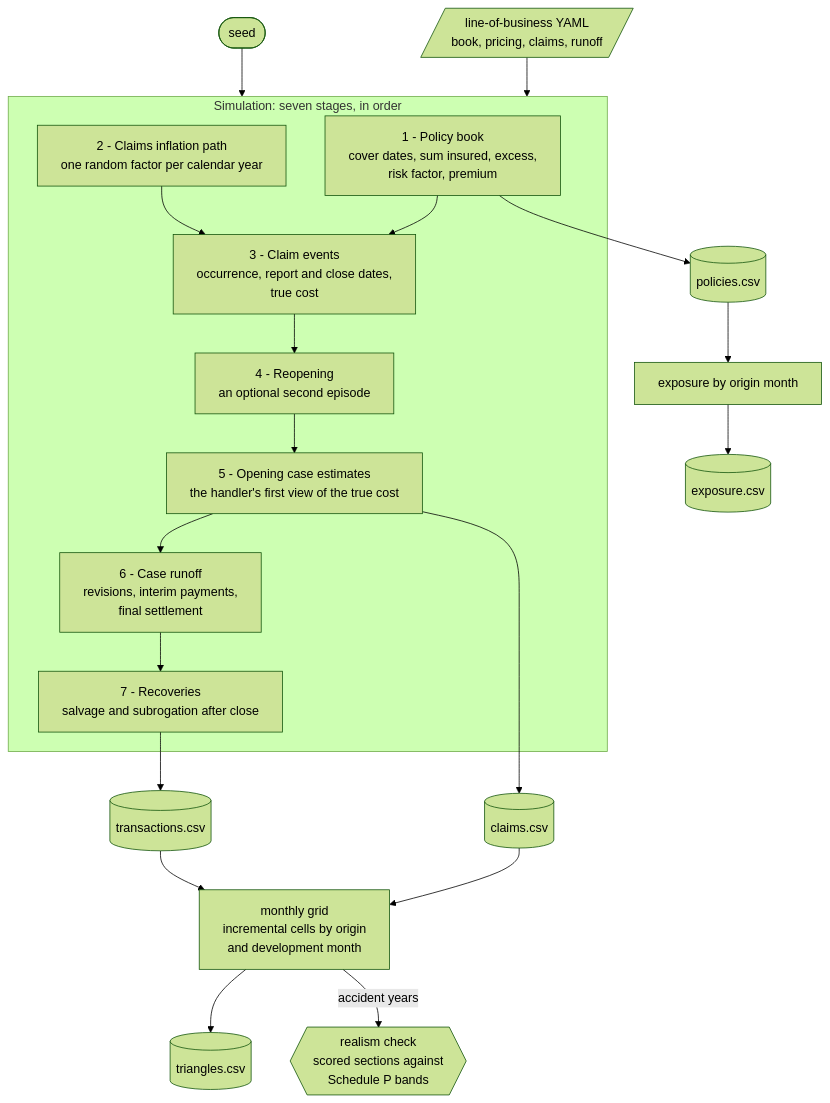
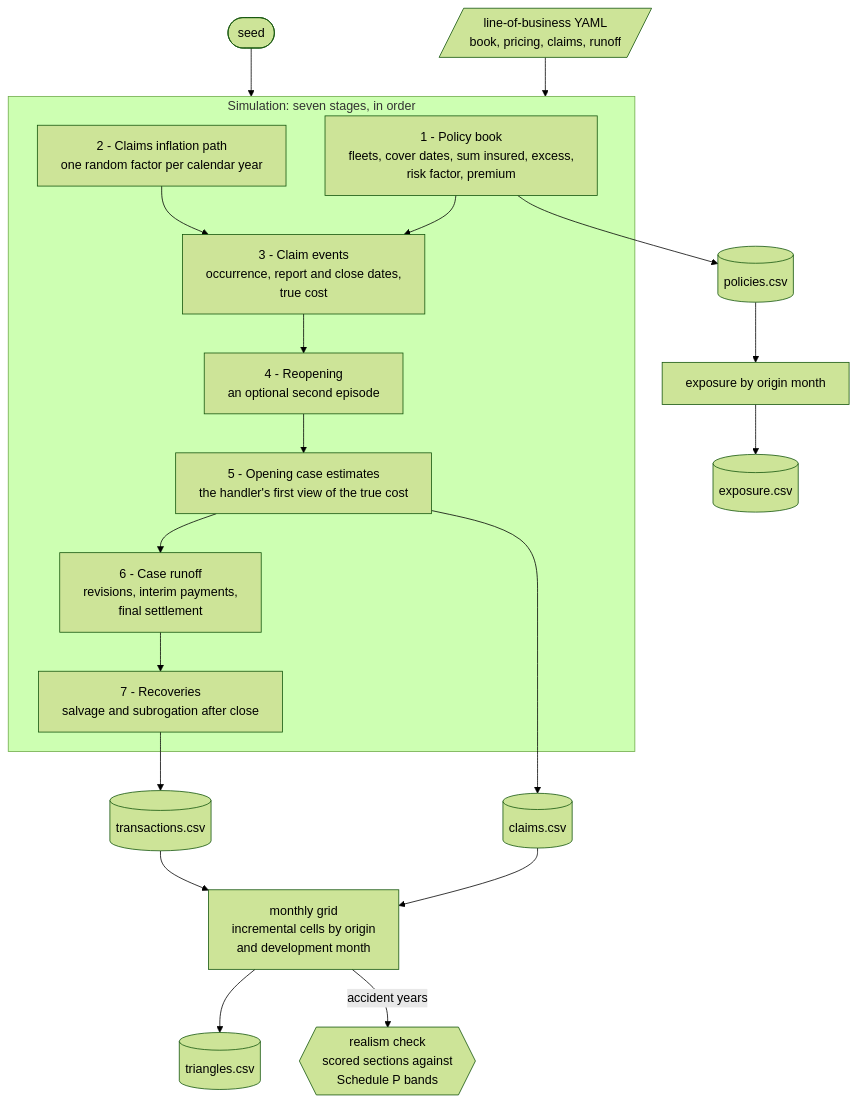
The first of 10 diagrams in README.md (le-marais/claims-data-generator), drawn with Mermaid (forest theme) before and after one commit. The commit also changed other lines of this file and 40 other files, not shown here.

````diff
--- a/README.md
+++ b/README.md
@@ -63,36 +64,36 @@
 ```mermaid
 %%{init: {"flowchart": {"wrappingWidth": 480}}}%%
 flowchart TD
     yaml[/"line-of-business YAML<br/>book, pricing, claims, runoff"/]
     seed(["seed"])
     subgraph sim["Simulation: seven stages, in order"]
-        s1["1 - Policy book<br/>cover dates, sum insured, excess,<br/>risk factor, premium"]
+        s1["1 - Policy book<br/>fleets, cover dates, sum insured, excess,<br/>risk factor, premium"]
         s2["2 - Claims inflation path<br/>one random factor per calendar year"]
         s3["3 - Claim events<br/>occurrence, report and close dates,<br/>true cost"]
         s4["4 - Reopening<br/>an optional second episode"]
         s5["5 - Opening case estimates<br/>the handler's first view of the true cost"]
         s6["6 - Case runoff<br/>revisions, interim payments,<br/>final settlement"]
         s7["7 - Recoveries<br/>salvage and subrogation after close"]
         s1 --> s3
         s2 --> s3
         s3 --> s4 --> s5 --> s6 --> s7
     end
     policiesCsv[("policies.csv")]
     claimsCsv[("claims.csv")]
     transactionsCsv[("transactions.csv")]
     grid["monthly grid<br/>incremental cells by origin<br/>and development month"]
     exposure["exposure by origin month"]
     trianglesCsv[("triangles.csv")]
     exposureCsv[("exposure.csv")]
     realism{{"realism check<br/>scored sections against<br/>Schedule P bands"}}
     yaml --> sim
     seed --> sim
     s1 --> policiesCsv
     s5 --> claimsCsv
     s7 --> transactionsCsv
     claimsCsv & transactionsCsv --> grid
     policiesCsv --> exposure
     grid --> trianglesCsv
     exposure --> exposureCsv
     grid -- "accident years" --> realism
 ```
````
